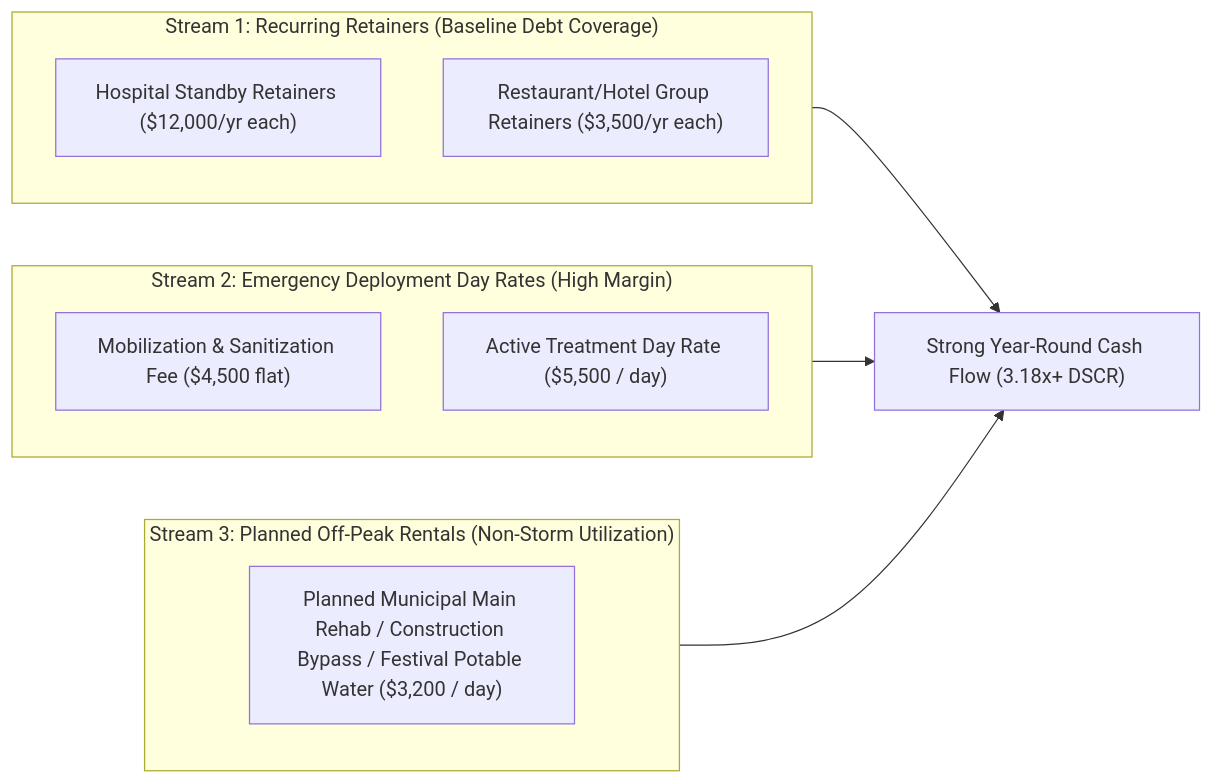
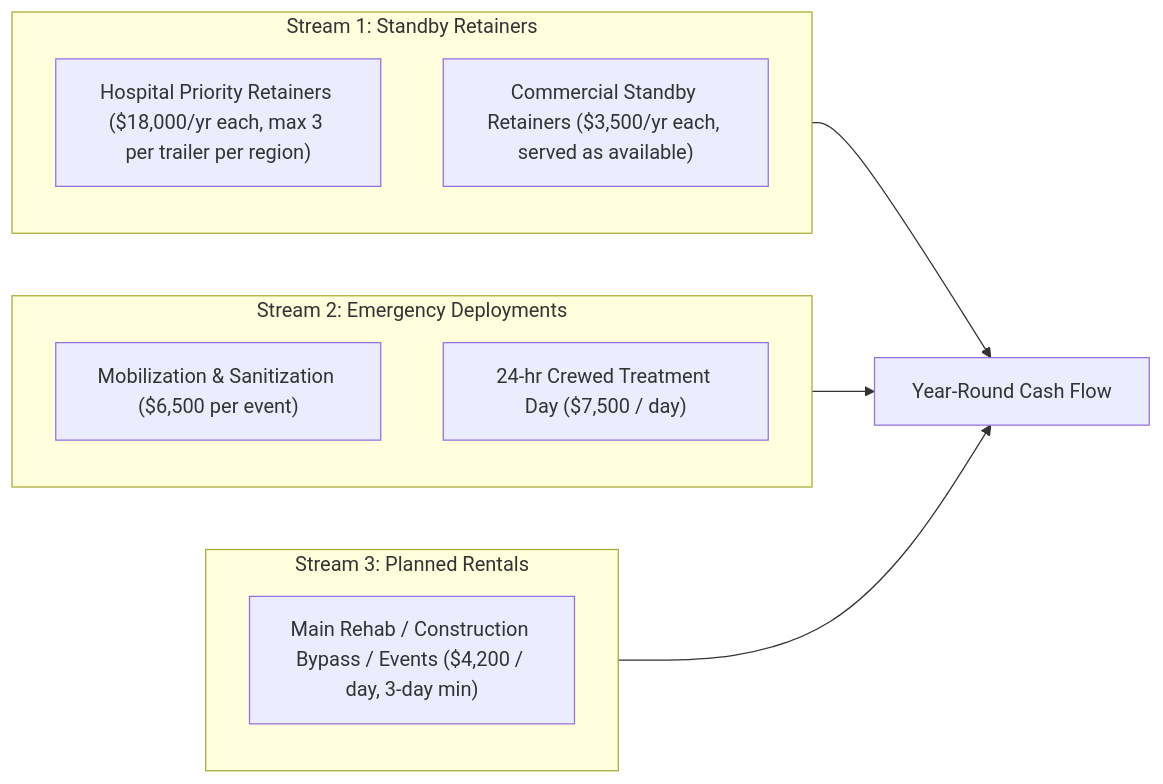
Before and after one commit to jefrix/ameripro: the diagram in mwt/MWTP_250_Bank_Loan_Business_Plan.md, drawn with Mermaid. The commit also changed other lines of this file and 10 other files, not shown here.

````diff
--- a/mwt/MWTP_250_Bank_Loan_Business_Plan.md
+++ b/mwt/MWTP_250_Bank_Loan_Business_Plan.md
@@ -67,18 +68,18 @@
 ```mermaid
 flowchart LR
-    subgraph R1["Stream 1: Recurring Retainers (Baseline Debt Coverage)"]
-        H_RET["Hospital Standby Retainers ($12,000/yr each)"]
-        R_RET["Restaurant/Hotel Group Retainers ($3,500/yr each)"]
+    subgraph R1["Stream 1: Standby Retainers"]
+        H_RET["Hospital Priority Retainers ($18,000/yr each, max 3 per trailer per region)"]
+        R_RET["Commercial Standby Retainers ($3,500/yr each, served as available)"]
     end
 
-    subgraph R2["Stream 2: Emergency Deployment Day Rates (High Margin)"]
-        MOB["Mobilization & Sanitization Fee ($4,500 flat)"]
-        DAY["Active Treatment Day Rate ($5,500 / day)"]
+    subgraph R2["Stream 2: Emergency Deployments"]
+        MOB["Mobilization & Sanitization ($6,500 per event)"]
+        DAY["24-hr Crewed Treatment Day ($7,500 / day)"]
     end
 
-    subgraph R3["Stream 3: Planned Off-Peak Rentals (Non-Storm Utilization)"]
-        PLANNED["Planned Municipal Main Rehab / Construction Bypass / Festival Potable Water ($3,200 / day)"]
+    subgraph R3["Stream 3: Planned Rentals"]
+        PLANNED["Main Rehab / Construction Bypass / Events ($4,200 / day, 3-day min)"]
     end
 
-    R1 & R2 & R3 --> CF["Strong Year-Round Cash Flow (3.18x+ DSCR)"]
+    R1 & R2 & R3 --> CF["Year-Round Cash Flow"]
 ```
````
